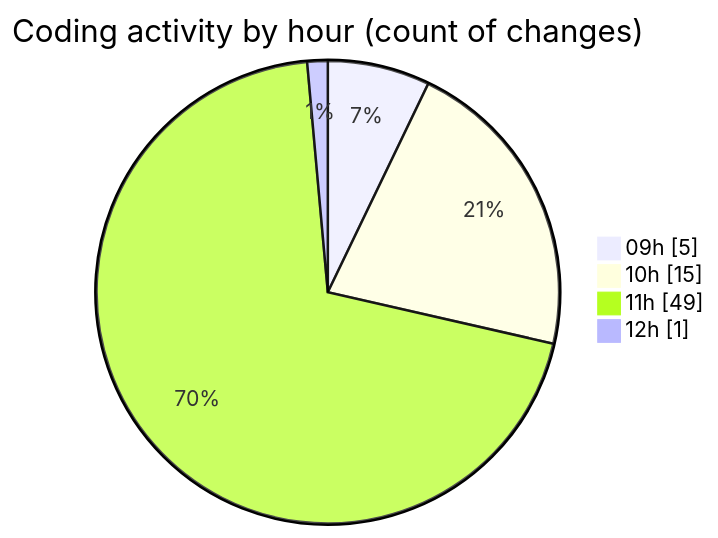
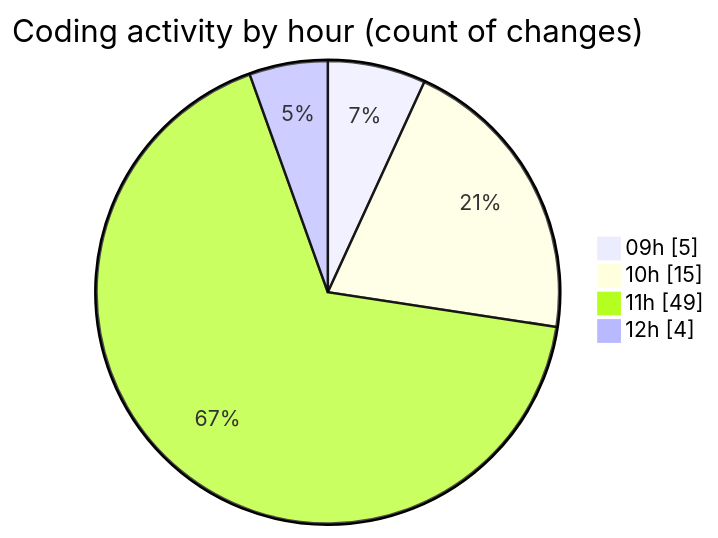
The second of 2 diagrams in 2025-06-13/ecodeli-1/README.md (CELIANVF/code-tracking), drawn with Mermaid before and after one commit. The commit also changed other lines of this file and 1 other file, not shown here.

````diff
--- a/2025-06-13/ecodeli-1/README.md
+++ b/2025-06-13/ecodeli-1/README.md
@@ -46,8 +47,8 @@
 ```mermaid
 pie showData
 title Coding activity by hour (count of changes)
 "09h" : 5
 "10h" : 15
 "11h" : 49
-"12h" : 1
+"12h" : 4
 ```
````
